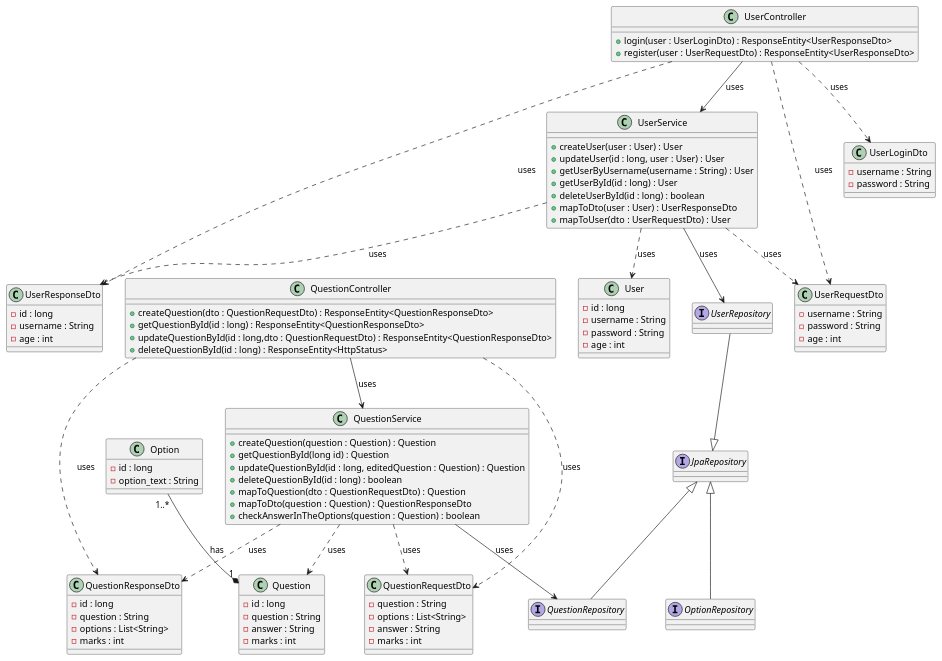
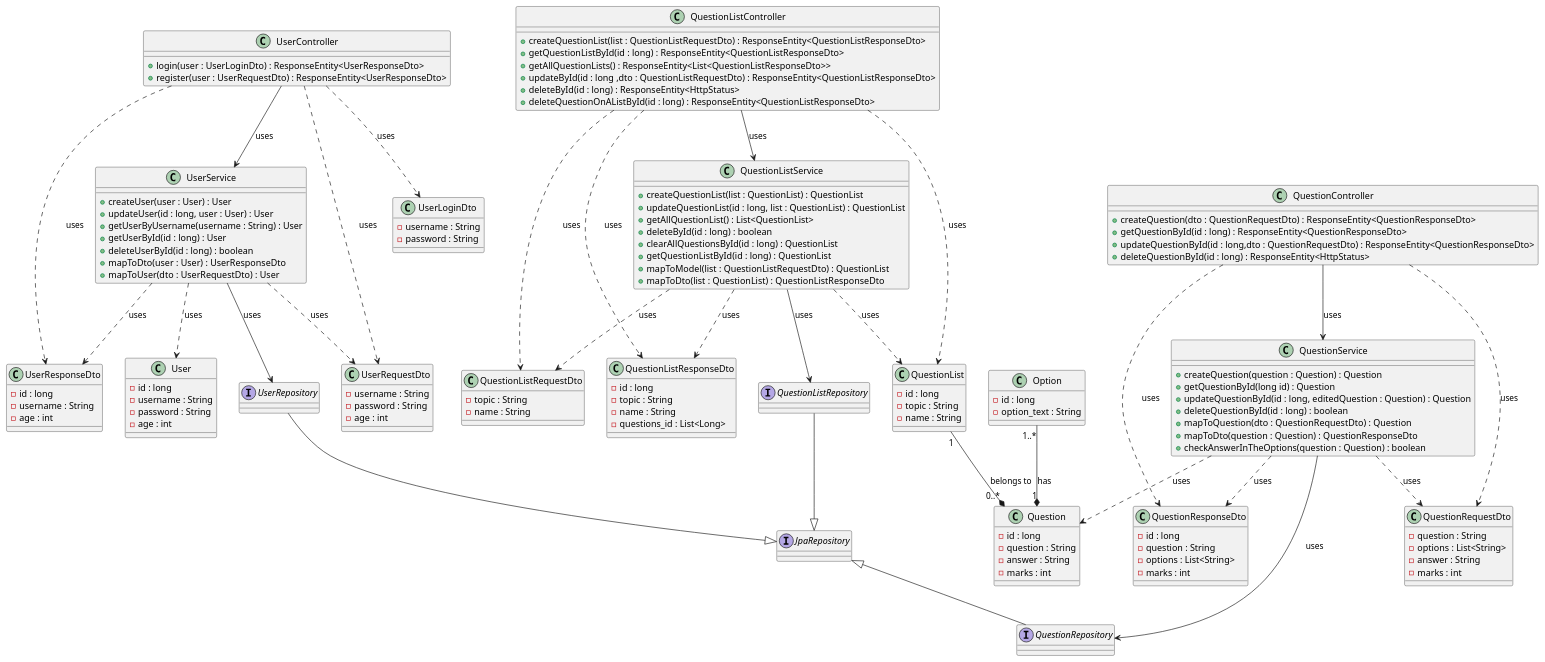
The diagram in docs/uml/class.puml (Poorna-Raj/quiz-manager), drawn with PlantUML before and after one commit. The commit also changed 2 other files, not shown here.

Commit message:
update the class diagram

```diff
--- a/docs/uml/class.puml
+++ b/docs/uml/class.puml
@@ -1,122 +1,175 @@
 @startuml
 
 class Question{
     - id : long
     - question : String
     - answer : String
     - marks : int
 }
 
 class Option{
     - id : long
     - option_text : String
 }
 
 Option "1..*" --* "1" Question : has
 
 interface JpaRepository{
 }
 
 interface QuestionRepository{
 }
-interface OptionRepository{
-}
 
 JpaRepository <|-- QuestionRepository
-JpaRepository <|-- OptionRepository
 
 class QuestionService{
     + createQuestion(question : Question) : Question
     + getQuestionById(long id) : Question
     + updateQuestionById(id : long, editedQuestion : Question) : Question
     + deleteQuestionById(id : long) : boolean
     + mapToQuestion(dto : QuestionRequestDto) : Question
     + mapToDto(question : Question) : QuestionResponseDto
     + checkAnswerInTheOptions(question : Question) : boolean
 }
 
 class QuestionResponseDto{
     - id : long
     - question : String
     - options : List<String>
     - marks : int
 }
 
 class QuestionRequestDto{
     - question : String
     - options : List<String>
     - answer : String
     - marks : int
 }
 
 QuestionService --> QuestionRepository : uses
 QuestionService ..> Question : uses
 QuestionService ..> QuestionRequestDto : uses
 QuestionService ..> QuestionResponseDto : uses
 
 class QuestionController{
     + createQuestion(dto : QuestionRequestDto) : ResponseEntity<QuestionResponseDto>
     + getQuestionById(id : long) : ResponseEntity<QuestionResponseDto>
     + updateQuestionById(id : long,dto : QuestionRequestDto) : ResponseEntity<QuestionResponseDto>
     + deleteQuestionById(id : long) : ResponseEntity<HttpStatus>
 }
 
 QuestionController --> QuestionService : uses
 QuestionController ..> QuestionResponseDto : uses
 QuestionController ..> QuestionRequestDto : uses
 
 class User{
     - id : long
     - username : String
     - password : String
     - age : int
 }
 
 interface UserRepository{
 }
 
 UserRepository --|> JpaRepository
 
 class UserService{
     + createUser(user : User) : User
     + updateUser(id : long, user : User) : User
     + getUserByUsername(username : String) : User
     + getUserById(id : long) : User
     + deleteUserById(id : long) : boolean
     + mapToDto(user : User) : UserResponseDto
     + mapToUser(dto : UserRequestDto) : User
 }
 
 UserService ..> User : uses
 
 class UserResponseDto{
     - id : long
     - username : String
     - age : int
 }
 
 class UserRequestDto{
     - username : String
     - password : String
     - age : int
 }
 
 class UserLoginDto{
     - username : String
     - password : String
 }
 
 UserService --> UserRepository : uses
 UserService ..> UserResponseDto : uses
 UserService ..> UserRequestDto : uses
 
 class UserController{
     + login(user : UserLoginDto) : ResponseEntity<UserResponseDto>
     + register(user : UserRequestDto) : ResponseEntity<UserResponseDto>
 }
 
 UserController --> UserService : uses
 UserController ..> UserResponseDto : uses
 UserController ..> UserRequestDto : uses
 UserController ..> UserLoginDto : uses
+
+class QuestionList{
+    - id : long
+    - topic : String
+    - name : String
+}
+
+QuestionList "1" --* "0..*" Question : belongs to
+
+interface QuestionListRepository{
+}
+
+QuestionListRepository --|> JpaRepository
+
+class QuestionListRequestDto{
+    - topic : String
+    - name : String
+}
+
+class QuestionListResponseDto{
+    - id : long
+    - topic : String
+    - name : String
+    - questions_id : List<Long>
+}
+
+class QuestionListService{
+    + createQuestionList(list : QuestionList) : QuestionList
+    + updateQuestionList(id : long, list : QuestionList) : QuestionList
+    + getAllQuestionList() : List<QuestionList>
+    + deleteById(id : long) : boolean
+    + clearAllQuestionsById(id : long) : QuestionList
+    + getQuestionListById(id : long) : QuestionList
+    + mapToModel(list : QuestionListRequestDto) : QuestionList
+    + mapToDto(list : QuestionList) : QuestionListResponseDto
+}
+
+QuestionListService --> QuestionListRepository : uses
+QuestionListService ..> QuestionList : uses
+QuestionListService ..> QuestionListResponseDto : uses
+QuestionListService ..> QuestionListRequestDto : uses
+
+class QuestionListController{
+    + createQuestionList(list : QuestionListRequestDto) : ResponseEntity<QuestionListResponseDto>
+    + getQuestionListById(id : long) : ResponseEntity<QuestionListResponseDto>
+    + getAllQuestionLists() : ResponseEntity<List<QuestionListResponseDto>>
+    + updateById(id : long ,dto : QuestionListRequestDto) : ResponseEntity<QuestionListResponseDto>
+    + deleteById(id : long) : ResponseEntity<HttpStatus>
+    + deleteQuestionOnAListById(id : long) : ResponseEntity<QuestionListResponseDto>
+}
+
+QuestionListController --> QuestionListService : uses
+QuestionListController ..> QuestionList : uses
+QuestionListController ..> QuestionListRequestDto : uses
+QuestionListController ..> QuestionListResponseDto : uses
+
 @enduml
```
